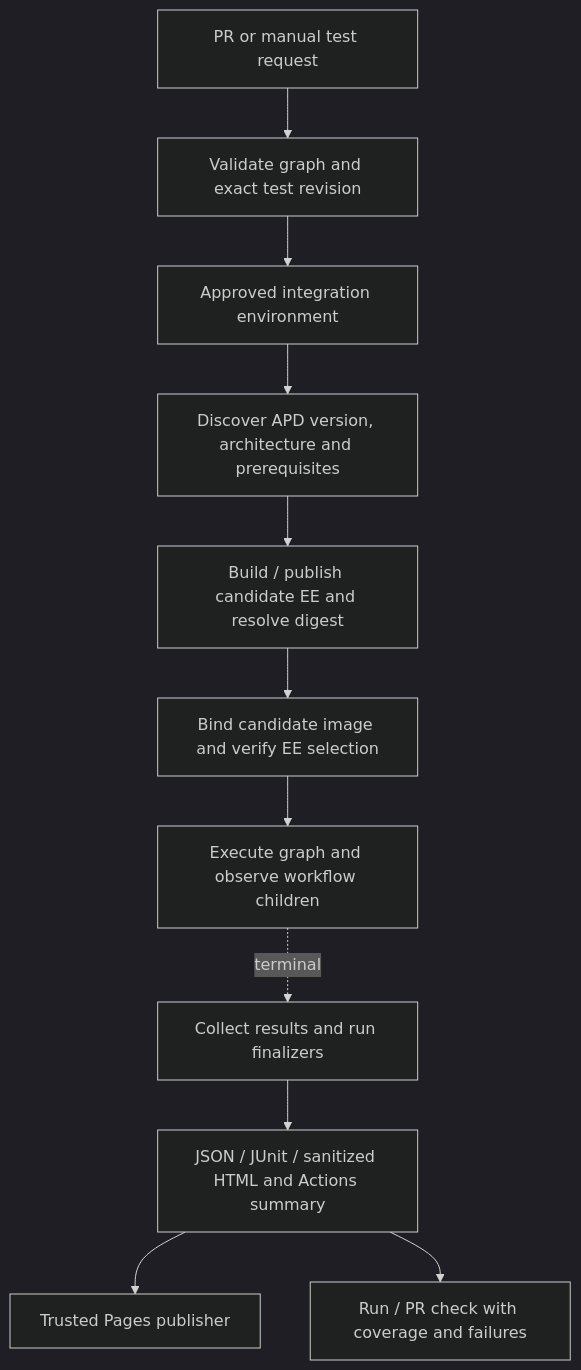
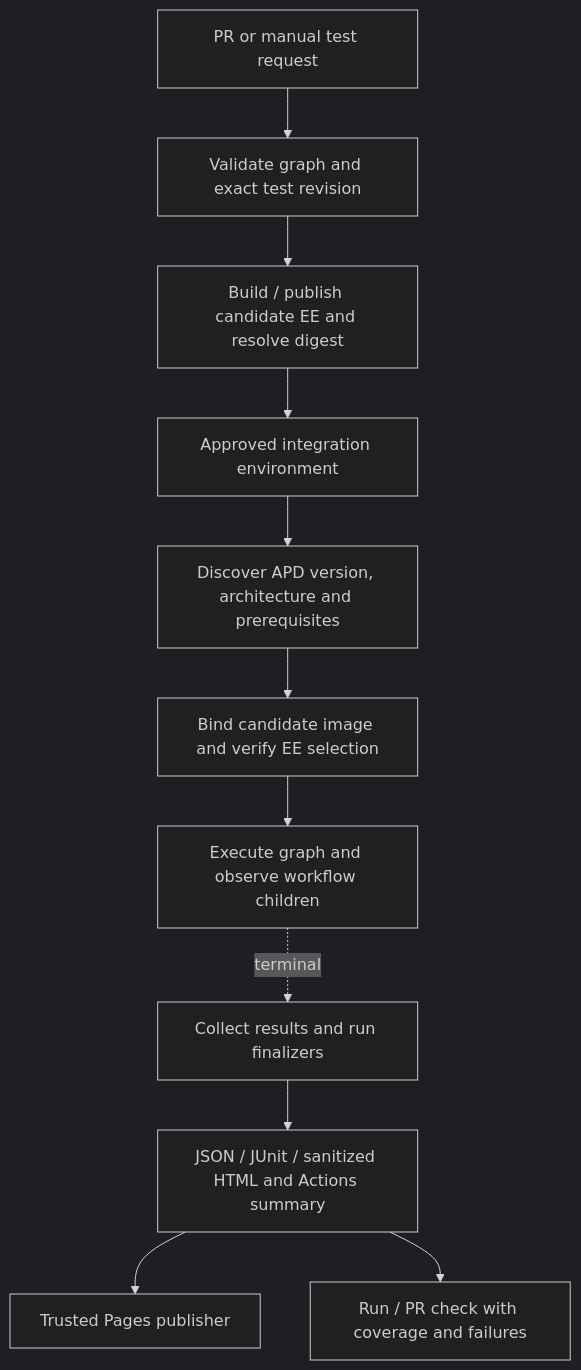
The diagram in tests/integration/ci-design.md (l3acon/product-demos), drawn with Mermaid (dark theme) before and after one commit. The commit also changed other lines of this file and 11 other files, not shown here.

Commit message:
Build and validate source EE before approved APD integration

````diff
--- a/tests/integration/ci-design.md
+++ b/tests/integration/ci-design.md
@@ -40,13 +40,13 @@
 ```mermaid
 flowchart TD
   request[PR or manual test request] --> plan[Validate graph and exact test revision]
-  plan --> approve[Approved integration environment]
+  plan --> build[Build / publish candidate EE and resolve digest]
+  build --> approve[Approved integration environment]
   approve --> discover[Discover APD version, architecture and prerequisites]
-  discover --> build[Build / publish candidate EE and resolve digest]
-  build --> bind[Bind candidate image and verify EE selection]
+  discover --> bind[Bind candidate image and verify EE selection]
   bind --> suite[Execute graph and observe workflow children]
   suite -. terminal .-> collect[Collect results and run finalizers]
   collect --> evidence[JSON / JUnit / sanitized HTML and Actions summary]
   evidence --> publish[Trusted Pages publisher]
   evidence --> check[Run / PR check with coverage and failures]
 ```
````
